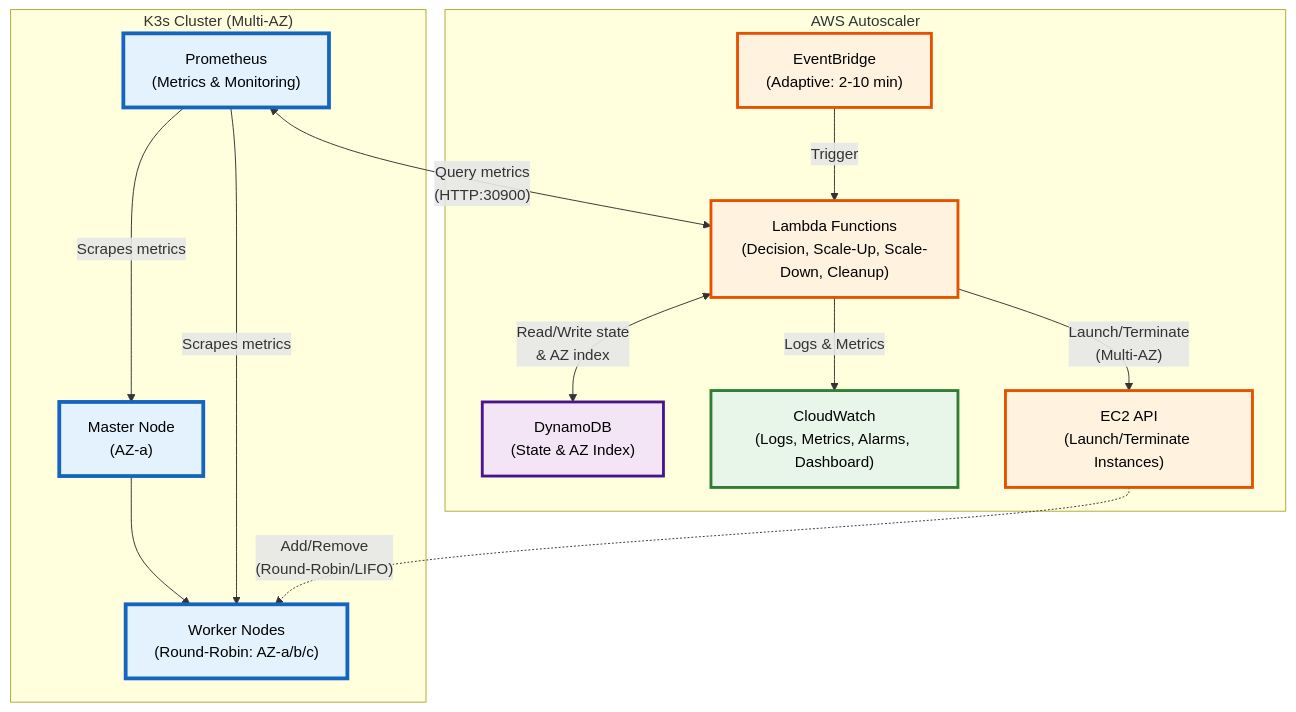
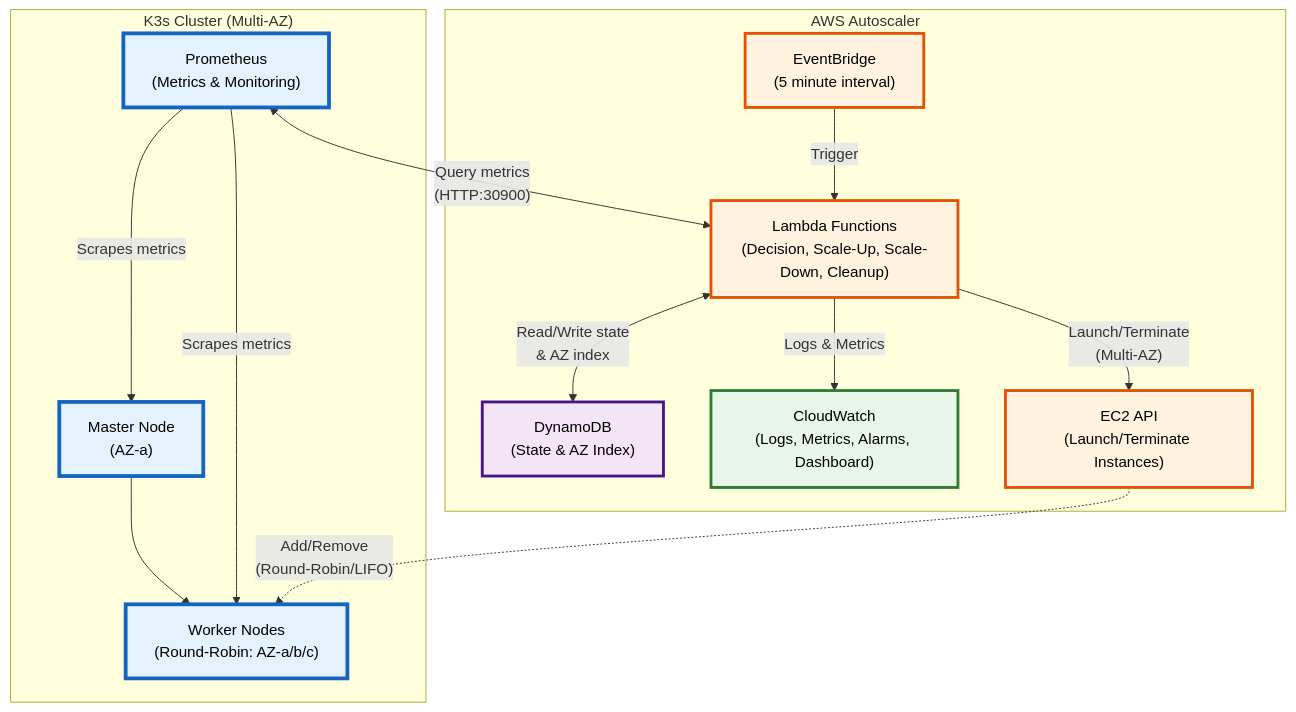
Before and after one commit to kaziiriad/elastikube: the first of 4 diagrams in README.md, drawn with Mermaid. The commit also changed other lines of this file and 4 other files, not shown here.

````diff
--- a/README.md
+++ b/README.md
@@ -11,40 +11,40 @@
 ```mermaid
 flowchart TB
     subgraph K3S["K3s Cluster (Multi-AZ)"]
         Master["Master Node<br/>(AZ-a)"]
         Workers["Worker Nodes<br/>(Round-Robin: AZ-a/b/c)"]
         Prometheus["Prometheus<br/>(Metrics & Monitoring)"]
 
         Master --> Workers
         Prometheus -->|"Scrapes metrics"| Workers
         Prometheus -->|"Scrapes metrics"| Master
     end
 
     subgraph AWS["AWS Autoscaler"]
-        EventBridge["EventBridge<br/>(Adaptive: 2-10 min)"]
+        EventBridge["EventBridge<br/>(5 minute interval)"]
         Lambdas["Lambda Functions<br/>(Decision, Scale-Up, Scale-Down, Cleanup)"]
         DynamoDB["DynamoDB<br/>(State & AZ Index)"]
         CloudWatch["CloudWatch<br/>(Logs, Metrics, Alarms, Dashboard)"]
         EC2API["EC2 API<br/>(Launch/Terminate Instances)"]
     end
 
     %% Main Flow
     EventBridge -->|"Trigger"| Lambdas
     Prometheus <-->|"Query metrics<br/>(HTTP:30900)"| Lambdas
     Lambdas <-->|"Read/Write state<br/>& AZ index"| DynamoDB
     Lambdas -->|"Logs & Metrics"| CloudWatch
     Lambdas -->|"Launch/Terminate<br/>(Multi-AZ)"| EC2API
 
     EC2API -.->|"Add/Remove<br/>(Round-Robin/LIFO)"| Workers
 
     %% Styling
     classDef k3sStyle fill:#e3f2fd,stroke:#1565c0,stroke-width:4px,color:#000
     classDef awsStyle fill:#fff3e0,stroke:#e65100,stroke-width:3px,color:#000
     classDef storageStyle fill:#f3e5f5,stroke:#4a148c,stroke-width:3px,color:#000
     classDef monitorStyle fill:#e8f5e9,stroke:#2e7d32,stroke-width:3px,color:#000
 
     class Master,Workers,Prometheus k3sStyle
     class EventBridge,Lambdas,EC2API awsStyle
     class DynamoDB storageStyle
     class CloudWatch monitorStyle
 ```
````
